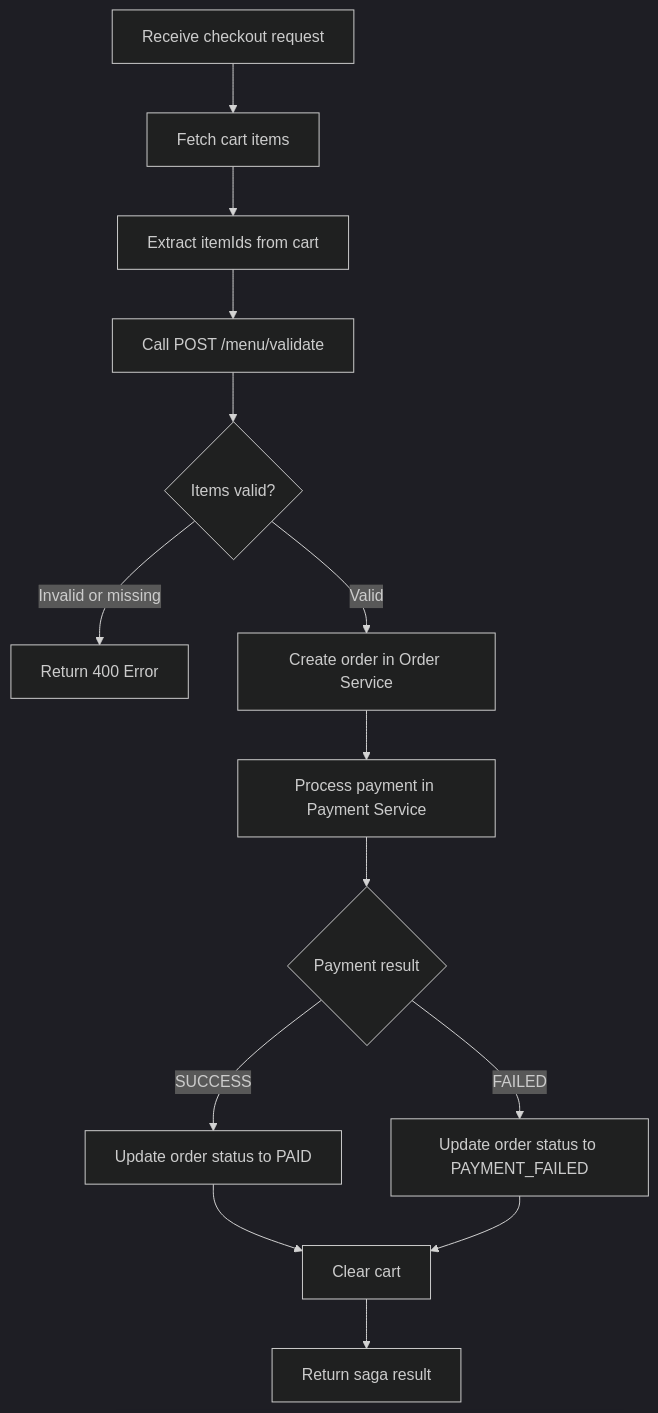
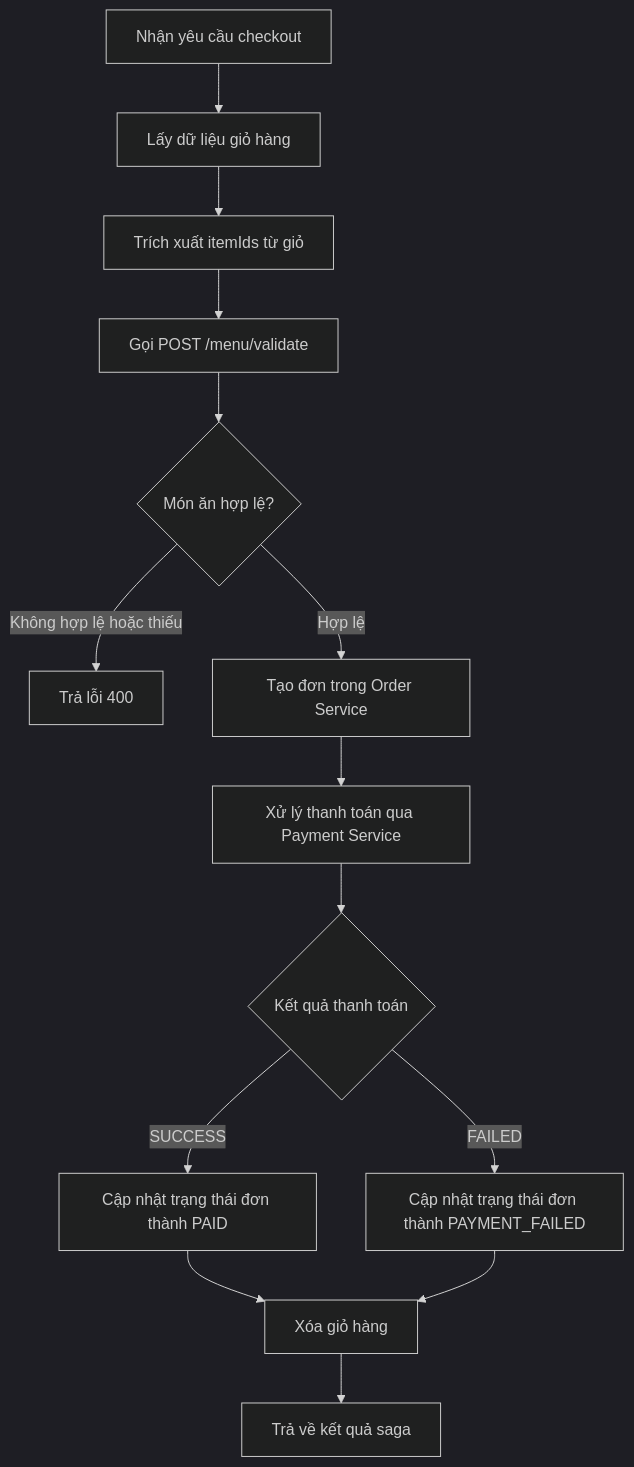
The second of 6 diagrams in docs/analysis-and-design.md (Dung1409/mid---proj), drawn with Mermaid (dark theme) before and after one commit. The commit also changed other lines of this file, not shown here.

````diff
--- a/docs/analysis-and-design.md
+++ b/docs/analysis-and-design.md
@@ -225,16 +225,16 @@
 ```mermaid
 flowchart TD
-    A[Receive checkout request] --> B[Fetch cart items]
-    B --> C[Extract itemIds from cart]
-    C --> D[Call POST /menu/validate]
-    D --> E{Items valid?}
-    E -->|Invalid or missing| F[Return 400 Error]
-    E -->|Valid| G[Create order in Order Service]
-    G --> H[Process payment in Payment Service]
-    H --> I{Payment result}
-    I -->|SUCCESS| J[Update order status to PAID]
-    I -->|FAILED| K[Update order status to PAYMENT_FAILED]
-    J --> L[Clear cart]
+    A[Nhận yêu cầu checkout] --> B[Lấy dữ liệu giỏ hàng]
+    B --> C[Trích xuất itemIds từ giỏ]
+    C --> D[Gọi POST /menu/validate]
+    D --> E{Món ăn hợp lệ?}
+    E -->|Không hợp lệ hoặc thiếu| F[Trả lỗi 400]
+    E -->|Hợp lệ| G[Tạo đơn trong Order Service]
+    G --> H[Xử lý thanh toán qua Payment Service]
+    H --> I{Kết quả thanh toán}
+    I -->|SUCCESS| J[Cập nhật trạng thái đơn thành PAID]
+    I -->|FAILED| K[Cập nhật trạng thái đơn thành PAYMENT_FAILED]
+    J --> L[Xóa giỏ hàng]
     K --> L
-    L --> M[Return saga result]
+    L --> M[Trả về kết quả saga]
 ```
````
